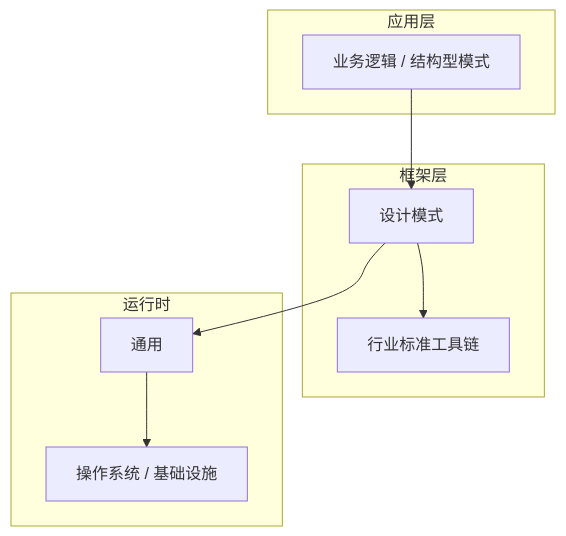
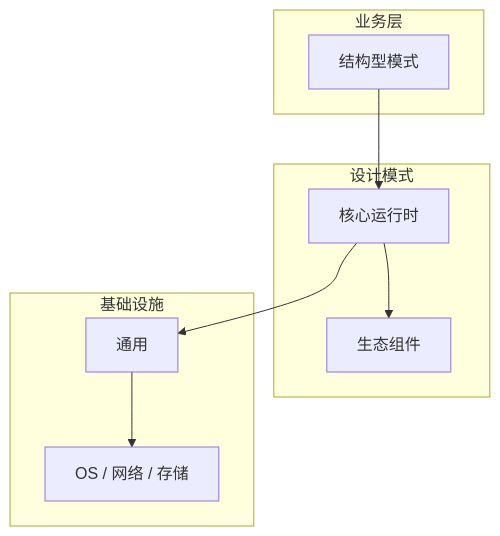
The diagram in articles/设计模式/chapters/029-结构型模式核心概念与原理.md (yanggan2015/knowledge-json-v2), drawn with Mermaid before and after one commit. The commit also changed other lines of this file and 10127 other files, not shown here.

````diff
--- a/articles/设计模式/chapters/029-结构型模式核心概念与原理.md
+++ b/articles/设计模式/chapters/029-结构型模式核心概念与原理.md
@@ -45,18 +34,18 @@
 ```mermaid
 graph TB
-    subgraph 应用层
-        A[业务逻辑 / 结构型模式]
+    subgraph 业务层
+        A[结构型模式]
     end
-    subgraph 框架层
-        B[设计模式]
-        C[行业标准工具链]
+    subgraph 设计模式
+        B[核心运行时]
+        C[生态组件]
     end
-    subgraph 运行时
+    subgraph 基础设施
         D[通用]
-        E[操作系统 / 基础设施]
+        E[OS / 网络 / 存储]
     end
     A --> B
     B --> C
     B --> D
     D --> E
 ```
````
